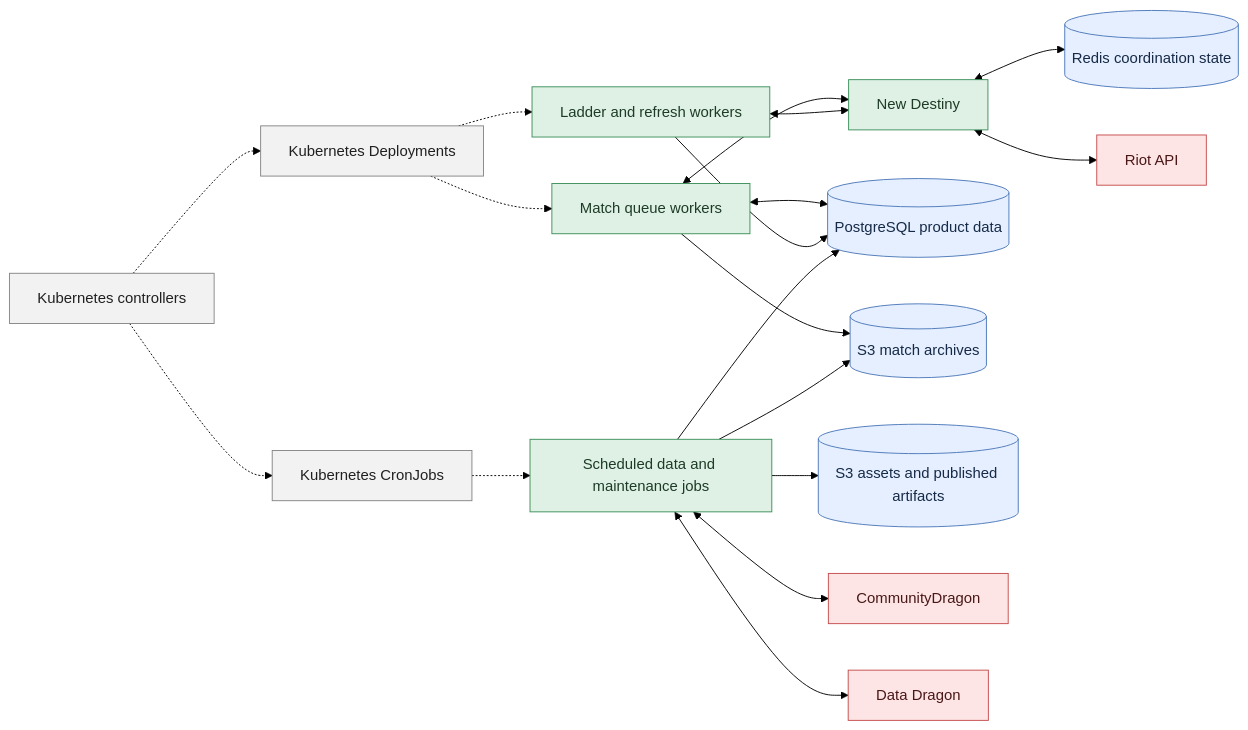
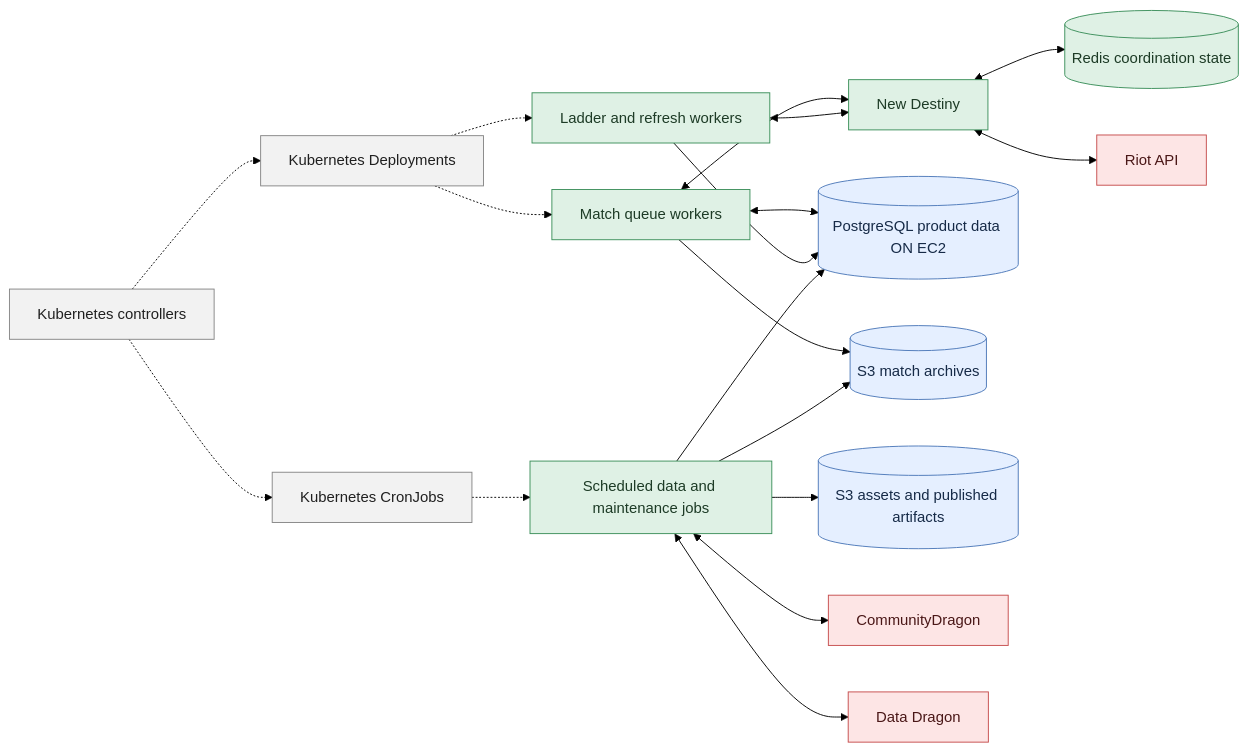
Before and after one commit to winrates-gg/wrgg-public-documentation: the sixth of 8 diagrams in docs/backend-runtime.md, drawn with Mermaid (forest theme). The commit also changed other lines of this file and 5 other files, not shown here.

````diff
--- a/docs/backend-runtime.md
+++ b/docs/backend-runtime.md
@@ -385,47 +386,48 @@
 ```mermaid
 flowchart LR
     Controllers[Kubernetes controllers]
     Deployments[Kubernetes Deployments]
     CronJobs[Kubernetes CronJobs]
     MatchWorker[Match queue workers]
     LadderWorker[Ladder and refresh workers]
     Jobs[Scheduled data and maintenance jobs]
     NewDestiny[New Destiny]
     Redis[(Redis coordination state)]
-    Postgres[(PostgreSQL product data)]
+    Postgres[(PostgreSQL product data ON EC2)]
     Archives[(S3 match archives)]
     Assets[(S3 assets and published artifacts)]
     Riot[Riot API]
     CommunityDragon[CommunityDragon]
     DataDragon[Data Dragon]
 
     Controllers -.-> Deployments
     Controllers -.-> CronJobs
     Deployments -.-> MatchWorker
     Deployments -.-> LadderWorker
     CronJobs -.-> Jobs
 
     MatchWorker <--> NewDestiny
     LadderWorker <--> NewDestiny
     NewDestiny <--> Redis
     NewDestiny <--> Riot
 
     MatchWorker <--> Postgres
     MatchWorker --> Archives
     LadderWorker --> Postgres
     Jobs <--> CommunityDragon
     Jobs <--> DataDragon
     Jobs --> Postgres
     Jobs --> Assets
     Jobs --> Archives
 
     classDef platform fill:#f2f2f2,stroke:#858585,color:#202020
     classDef backend fill:#dff1e5,stroke:#3b8f5a,color:#1d3b26
     classDef aws fill:#e5efff,stroke:#4c78b8,color:#162a47
     classDef external fill:#fde5e5,stroke:#c54b4b,color:#4a1717
 
     class Controllers,Deployments,CronJobs platform
     class MatchWorker,LadderWorker,Jobs,NewDestiny backend
-    class Redis,Postgres,Archives,Assets aws
+    class Postgres,Archives,Assets aws
+    class Redis backend
     class Riot,CommunityDragon,DataDragon external
 ```
````
